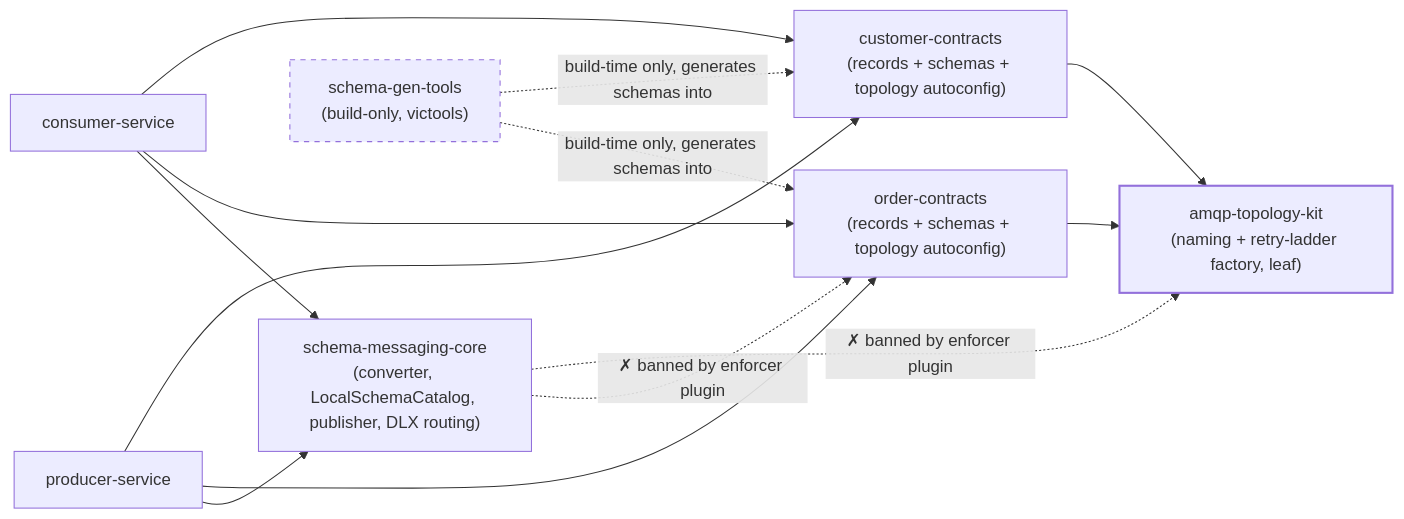
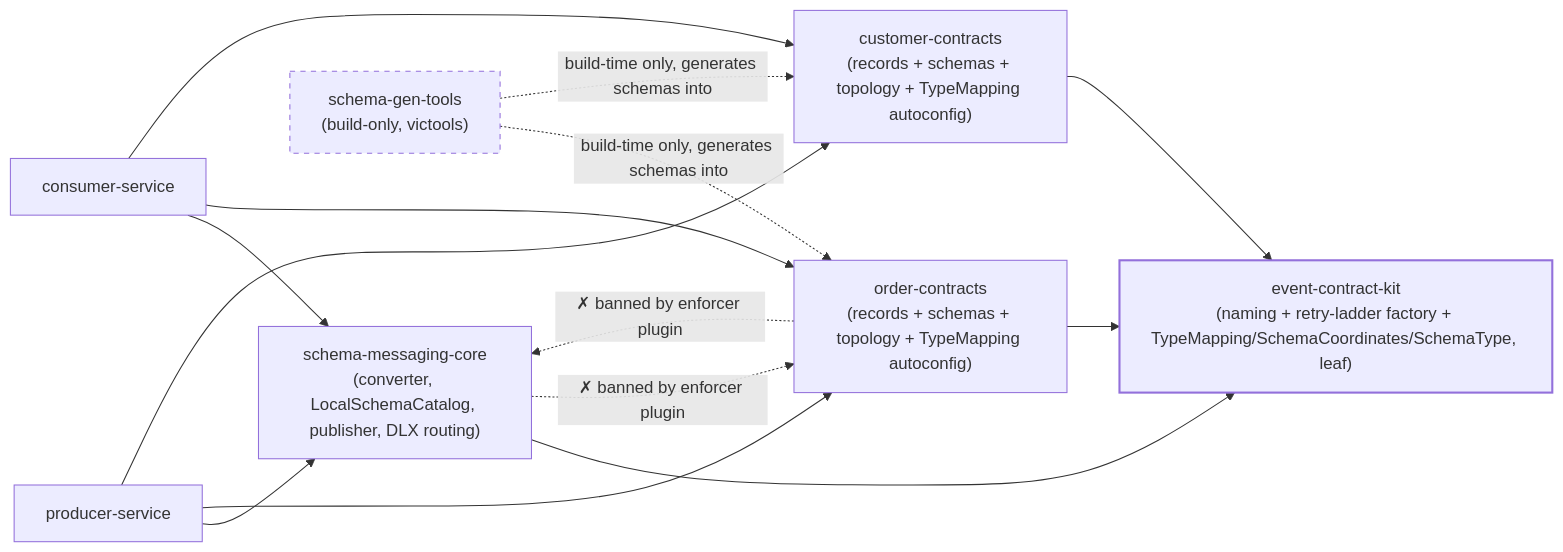
One commit to anarefin/schema-registry-demo changed the first of 4 diagrams in docs/TUTORIAL.md. Above: the diagram before and after it, drawn with Mermaid. The commit also changed other lines of this file and 76 other files, not shown here.

First line of the commit message:
feat(event-contract-kit): update documentation and configuration for event-contract integration

````diff
--- a/docs/TUTORIAL.md
+++ b/docs/TUTORIAL.md
@@ -57,27 +57,28 @@
 ```mermaid
 graph LR
     core["schema-messaging-core<br/>(converter, LocalSchemaCatalog, publisher, DLX routing)"]
-    kit["amqp-topology-kit<br/>(naming + retry-ladder factory, leaf)"]
-    oc["order-contracts<br/>(records + schemas + topology autoconfig)"]
-    cc["customer-contracts<br/>(records + schemas + topology autoconfig)"]
+    kit["event-contract-kit<br/>(naming + retry-ladder factory + TypeMapping/SchemaCoordinates/SchemaType, leaf)"]
+    oc["order-contracts<br/>(records + schemas + topology + TypeMapping autoconfig)"]
+    cc["customer-contracts<br/>(records + schemas + topology + TypeMapping autoconfig)"]
     gen["schema-gen-tools<br/>(build-only, victools)"]
     prod["producer-service"]
     cons["consumer-service"]
 
     oc --> kit
     cc --> kit
+    core --> kit
     prod --> core
     prod --> oc
     prod --> cc
     cons --> core
     cons --> oc
     cons --> cc
     gen -.->|build-time only, generates schemas into| oc
     gen -.->|build-time only, generates schemas into| cc
 
     core -.->|"✗ banned by enforcer plugin"| oc
-    core -.->|"✗ banned by enforcer plugin"| kit
+    oc -.->|"✗ banned by enforcer plugin"| core
 
     style gen stroke-dasharray: 5 5
     style kit stroke-width:2px
 ```
````
